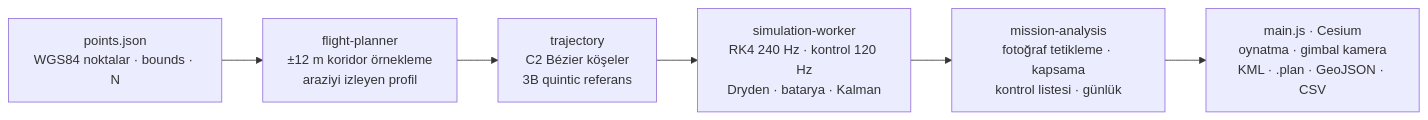
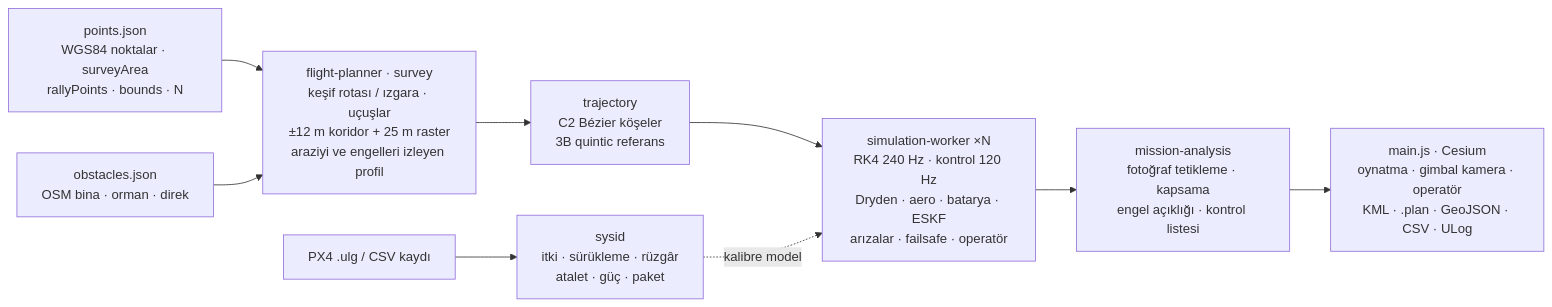
The diagram in README.md (yucel-gumus/cesium-drone.github.io), drawn with Mermaid before and after one commit. The commit also changed other lines of this file and 36 other files, not shown here.

````diff
--- a/README.md
+++ b/README.md
@@ -58,8 +65,11 @@
 ```mermaid
 flowchart LR
-  A["points.json<br/>WGS84 noktalar · bounds · N"] --> B["flight-planner<br/>±12 m koridor örnekleme<br/>araziyi izleyen profil"]
+  A["points.json<br/>WGS84 noktalar · surveyArea<br/>rallyPoints · bounds · N"] --> B["flight-planner · survey<br/>keşif rotası / ızgara · uçuşlar<br/>±12 m koridor + 25 m raster<br/>araziyi ve engelleri izleyen profil"]
+  O["obstacles.json<br/>OSM bina · orman · direk"] --> B
   B --> C["trajectory<br/>C2 Bézier köşeler<br/>3B quintic referans"]
-  C --> D["simulation-worker<br/>RK4 240 Hz · kontrol 120 Hz<br/>Dryden · batarya · Kalman"]
-  D --> E["mission-analysis<br/>fotoğraf tetikleme · kapsama<br/>kontrol listesi · günlük"]
-  E --> F["main.js · Cesium<br/>oynatma · gimbal kamera<br/>KML · .plan · GeoJSON · CSV"]
+  C --> D["simulation-worker ×N<br/>RK4 240 Hz · kontrol 120 Hz<br/>Dryden · aero · batarya · ESKF<br/>arızalar · failsafe · operatör"]
+  D --> E["mission-analysis<br/>fotoğraf tetikleme · kapsama<br/>engel açıklığı · kontrol listesi"]
+  E --> F["main.js · Cesium<br/>oynatma · gimbal kamera · operatör<br/>KML · .plan · GeoJSON · CSV · ULog"]
+  L["PX4 .ulg / CSV kaydı"] --> K["sysid<br/>itki · sürükleme · rüzgâr<br/>atalet · güç · paket"]
+  K -. kalibre model .-> D
 ```
````
